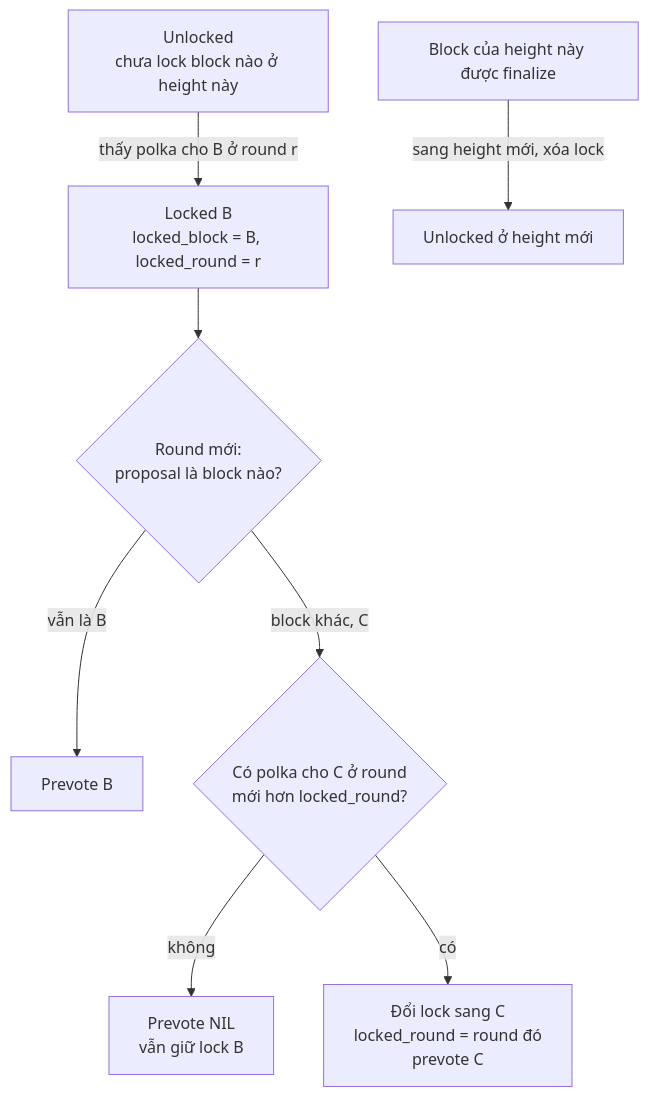
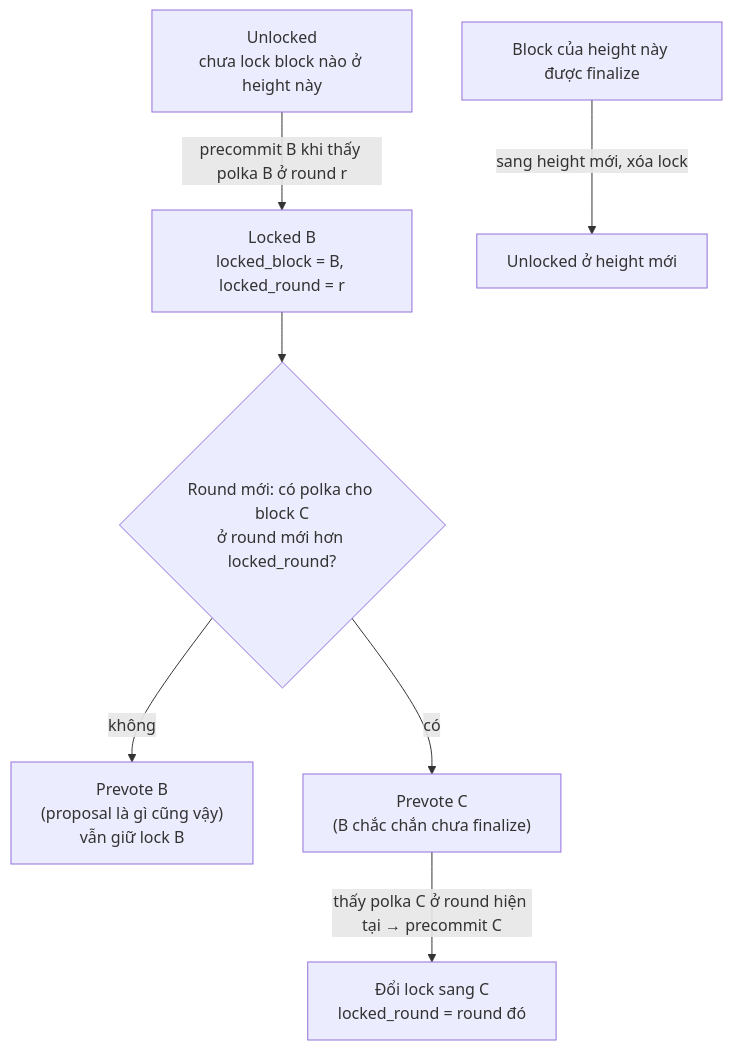
Diagram 26 of 41 in docs/CONCEPT_GUIDE.md (clgp-aint-cool/blockchain-lab01), drawn with Mermaid before and after one commit. The commit also changed other lines of this file and 2 other files, not shown here.

````diff
--- a/docs/CONCEPT_GUIDE.md
+++ b/docs/CONCEPT_GUIDE.md
@@ -720,10 +721,9 @@
 ```mermaid
 flowchart TD
-    U["Unlocked<br/>chưa lock block nào ở height này"] -- "thấy polka cho B ở round r" --> LB["Locked B<br/>locked_block = B, locked_round = r"]
-    LB --> Q{"Round mới:<br/>proposal là block nào?"}
-    Q -- "vẫn là B" --> PB["Prevote B"]
-    Q -- "block khác, C" --> Q2{"Có polka cho C ở round<br/>mới hơn locked_round?"}
-    Q2 -- "không" --> PN["Prevote NIL<br/>vẫn giữ lock B"]
-    Q2 -- "có" --> LC["Đổi lock sang C<br/>locked_round = round đó<br/>prevote C"]
+    U["Unlocked<br/>chưa lock block nào ở height này"] -- "precommit B khi thấy polka B ở round r" --> LB["Locked B<br/>locked_block = B, locked_round = r"]
+    LB --> Q2{"Round mới: có polka cho block C<br/>ở round mới hơn locked_round?"}
+    Q2 -- "không" --> PB["Prevote B<br/>(proposal là gì cũng vậy)<br/>vẫn giữ lock B"]
+    Q2 -- "có" --> PC["Prevote C<br/>(B chắc chắn chưa finalize)"]
+    PC -- "thấy polka C ở round hiện tại → precommit C" --> LC["Đổi lock sang C<br/>locked_round = round đó"]
     FIN["Block của height này được finalize"] -- "sang height mới, xóa lock" --> U2["Unlocked ở height mới"]
 ```
````
